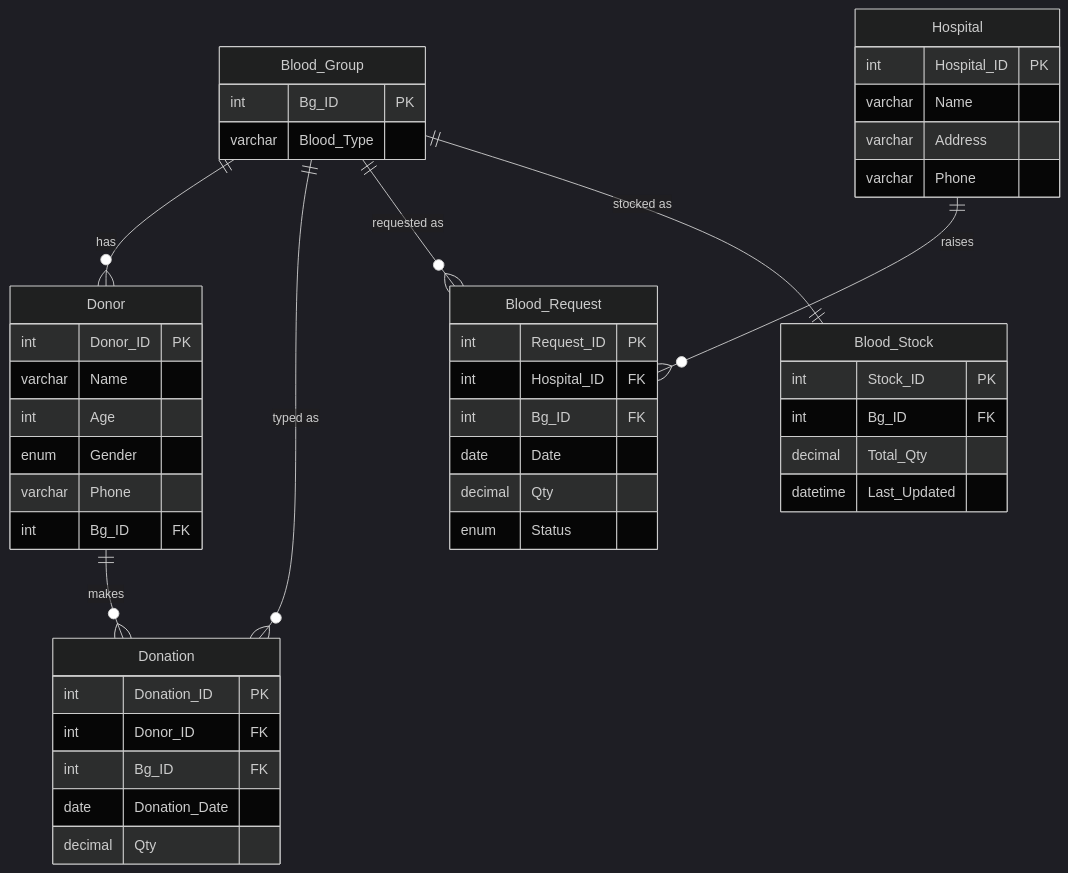
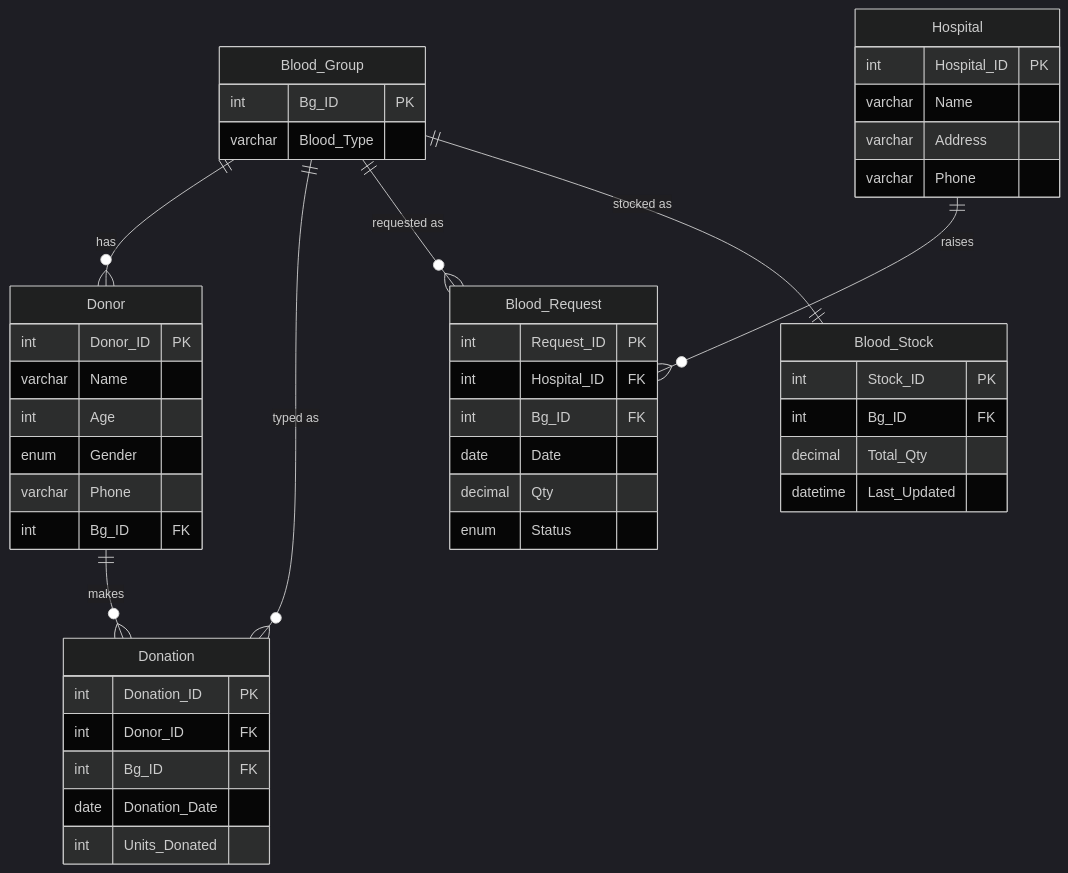
Before and after one commit to sanim-ctrl/dbms_Lab_project: the diagram in README.md, drawn with Mermaid (dark theme). The commit also changed other lines of this file and 8 other files, not shown here.

````diff
--- a/README.md
+++ b/README.md
@@ -156,49 +157,49 @@
 ```mermaid
 erDiagram
     Blood_Group ||--o{ Donor : "has"
     Blood_Group ||--o{ Donation : "typed as"
     Blood_Group ||--o{ Blood_Request : "requested as"
     Blood_Group ||--|| Blood_Stock : "stocked as"
     Donor       ||--o{ Donation : "makes"
     Hospital    ||--o{ Blood_Request : "raises"
 
     Blood_Group {
         int     Bg_ID PK
         varchar Blood_Type
     }
     Donor {
         int     Donor_ID PK
         varchar Name
         int     Age
         enum    Gender
         varchar Phone
         int     Bg_ID FK
     }
     Donation {
         int     Donation_ID PK
         int     Donor_ID FK
         int     Bg_ID FK
         date    Donation_Date
-        decimal Qty
+        int     Units_Donated
     }
     Hospital {
         int     Hospital_ID PK
         varchar Name
         varchar Address
         varchar Phone
     }
     Blood_Request {
         int     Request_ID PK
         int     Hospital_ID FK
         int     Bg_ID FK
         date    Date
         decimal Qty
         enum    Status
     }
     Blood_Stock {
         int      Stock_ID PK
         int      Bg_ID FK
         decimal  Total_Qty
         datetime Last_Updated
     }
 ```
````
